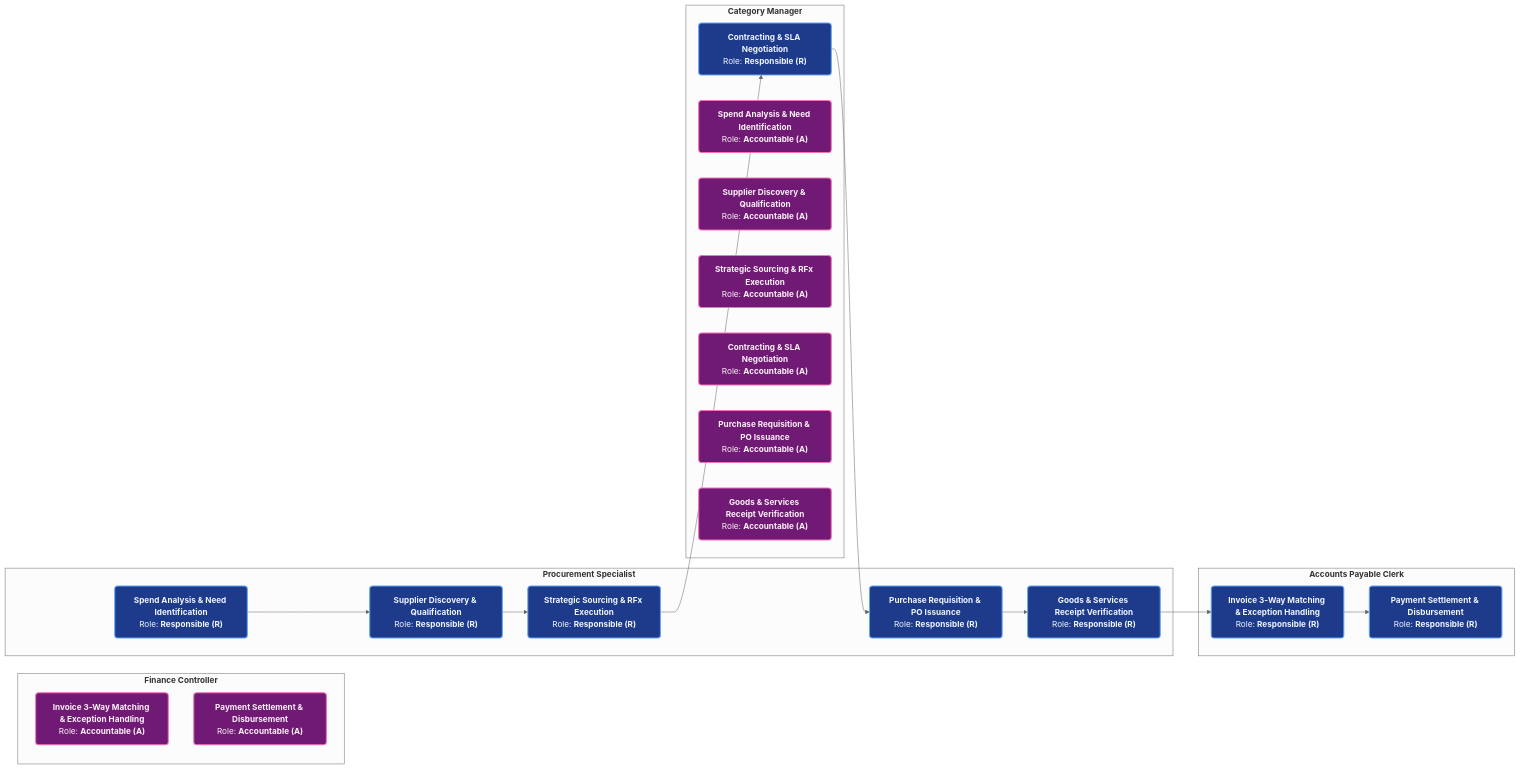
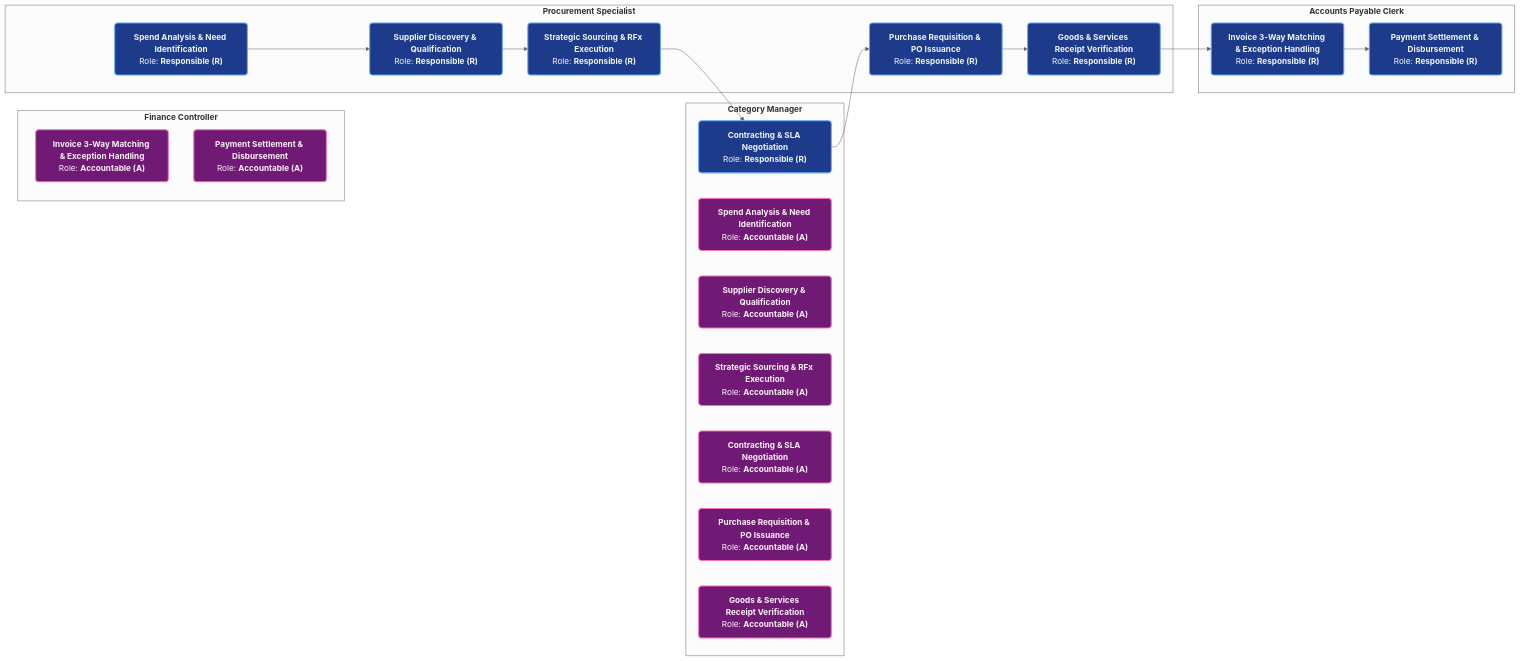
One commit to GeorgeYinDev/ValueChainModel changed the diagram in index/diagram_raci_swimlanes_s2p.mmd. Above: the diagram before and after it, drawn with Mermaid (neutral theme). The commit also changed other lines of this file and 41 other files, not shown here.

Commit message:
feat(phase6): Model Enrichment & Graph Expansion complete

```diff
--- a/index/diagram_raci_swimlanes_s2p.mmd
+++ b/index/diagram_raci_swimlanes_s2p.mmd
@@ -1,41 +1,41 @@
 flowchart LR
   %% RACI Swimlanes Styling
   classDef roleLane fill:#0f172a,stroke:#64748b,stroke-width:1px,color:#cbd5e1;
   classDef rNode fill:#1e3a8a,stroke:#60a5fa,stroke-width:2px,color:#eff6ff,rx:6,ry:6;
   classDef aNode fill:#701a75,stroke:#f472b6,stroke-width:2px,color:#fdf2f8,rx:6,ry:6;
 
-  subgraph Sub_role_accounts_payable_clerk ["<b>Accounts Payable Clerk</b>"]
-    s2p_007_invoice_verification_matching__R["<b>Invoice 3-Way Matching &amp; Exception Handling</b><br/>Role: <b>Responsible (R)</b>"]:::rNode
-    s2p_008_payment_settlement_disbursement__R["<b>Payment Settlement &amp; Disbursement</b><br/>Role: <b>Responsible (R)</b>"]:::rNode
-  end
-
   subgraph Sub_role_finance_controller ["<b>Finance Controller</b>"]
     s2p_007_invoice_verification_matching__A["<b>Invoice 3-Way Matching &amp; Exception Handling</b><br/>Role: <b>Accountable (A)</b>"]:::aNode
     s2p_008_payment_settlement_disbursement__A["<b>Payment Settlement &amp; Disbursement</b><br/>Role: <b>Accountable (A)</b>"]:::aNode
-  end
-
-  subgraph Sub_role_procurement_specialist ["<b>Procurement Specialist</b>"]
-    s2p_001_spend_analysis_need_id__R["<b>Spend Analysis &amp; Need Identification</b><br/>Role: <b>Responsible (R)</b>"]:::rNode
-    s2p_002_supplier_discovery_qualification__R["<b>Supplier Discovery &amp; Qualification</b><br/>Role: <b>Responsible (R)</b>"]:::rNode
-    s2p_003_sourcing_rfx_auction__R["<b>Strategic Sourcing &amp; RFx Execution</b><br/>Role: <b>Responsible (R)</b>"]:::rNode
-    s2p_005_purchase_requisition_po__R["<b>Purchase Requisition &amp; PO Issuance</b><br/>Role: <b>Responsible (R)</b>"]:::rNode
-    s2p_006_goods_services_receipt__R["<b>Goods &amp; Services Receipt Verification</b><br/>Role: <b>Responsible (R)</b>"]:::rNode
   end
 
   subgraph Sub_role_category_manager ["<b>Category Manager</b>"]
     s2p_004_contracting_sla_negotiation__R["<b>Contracting &amp; SLA Negotiation</b><br/>Role: <b>Responsible (R)</b>"]:::rNode
     s2p_001_spend_analysis_need_id__A["<b>Spend Analysis &amp; Need Identification</b><br/>Role: <b>Accountable (A)</b>"]:::aNode
     s2p_002_supplier_discovery_qualification__A["<b>Supplier Discovery &amp; Qualification</b><br/>Role: <b>Accountable (A)</b>"]:::aNode
     s2p_003_sourcing_rfx_auction__A["<b>Strategic Sourcing &amp; RFx Execution</b><br/>Role: <b>Accountable (A)</b>"]:::aNode
     s2p_004_contracting_sla_negotiation__A["<b>Contracting &amp; SLA Negotiation</b><br/>Role: <b>Accountable (A)</b>"]:::aNode
     s2p_005_purchase_requisition_po__A["<b>Purchase Requisition &amp; PO Issuance</b><br/>Role: <b>Accountable (A)</b>"]:::aNode
     s2p_006_goods_services_receipt__A["<b>Goods &amp; Services Receipt Verification</b><br/>Role: <b>Accountable (A)</b>"]:::aNode
   end
 
+  subgraph Sub_role_procurement_specialist ["<b>Procurement Specialist</b>"]
+    s2p_001_spend_analysis_need_id__R["<b>Spend Analysis &amp; Need Identification</b><br/>Role: <b>Responsible (R)</b>"]:::rNode
+    s2p_002_supplier_discovery_qualification__R["<b>Supplier Discovery &amp; Qualification</b><br/>Role: <b>Responsible (R)</b>"]:::rNode
+    s2p_003_sourcing_rfx_auction__R["<b>Strategic Sourcing &amp; RFx Execution</b><br/>Role: <b>Responsible (R)</b>"]:::rNode
+    s2p_005_purchase_requisition_po__R["<b>Purchase Requisition &amp; PO Issuance</b><br/>Role: <b>Responsible (R)</b>"]:::rNode
+    s2p_006_goods_services_receipt__R["<b>Goods &amp; Services Receipt Verification</b><br/>Role: <b>Responsible (R)</b>"]:::rNode
+  end
+
+  subgraph Sub_role_accounts_payable_clerk ["<b>Accounts Payable Clerk</b>"]
+    s2p_007_invoice_verification_matching__R["<b>Invoice 3-Way Matching &amp; Exception Handling</b><br/>Role: <b>Responsible (R)</b>"]:::rNode
+    s2p_008_payment_settlement_disbursement__R["<b>Payment Settlement &amp; Disbursement</b><br/>Role: <b>Responsible (R)</b>"]:::rNode
+  end
+
   s2p_001_spend_analysis_need_id__R --> s2p_002_supplier_discovery_qualification__R
   s2p_005_purchase_requisition_po__R --> s2p_006_goods_services_receipt__R
   s2p_004_contracting_sla_negotiation__R --> s2p_005_purchase_requisition_po__R
   s2p_002_supplier_discovery_qualification__R --> s2p_003_sourcing_rfx_auction__R
   s2p_003_sourcing_rfx_auction__R --> s2p_004_contracting_sla_negotiation__R
   s2p_007_invoice_verification_matching__R --> s2p_008_payment_settlement_disbursement__R
   s2p_006_goods_services_receipt__R --> s2p_007_invoice_verification_matching__R
```
